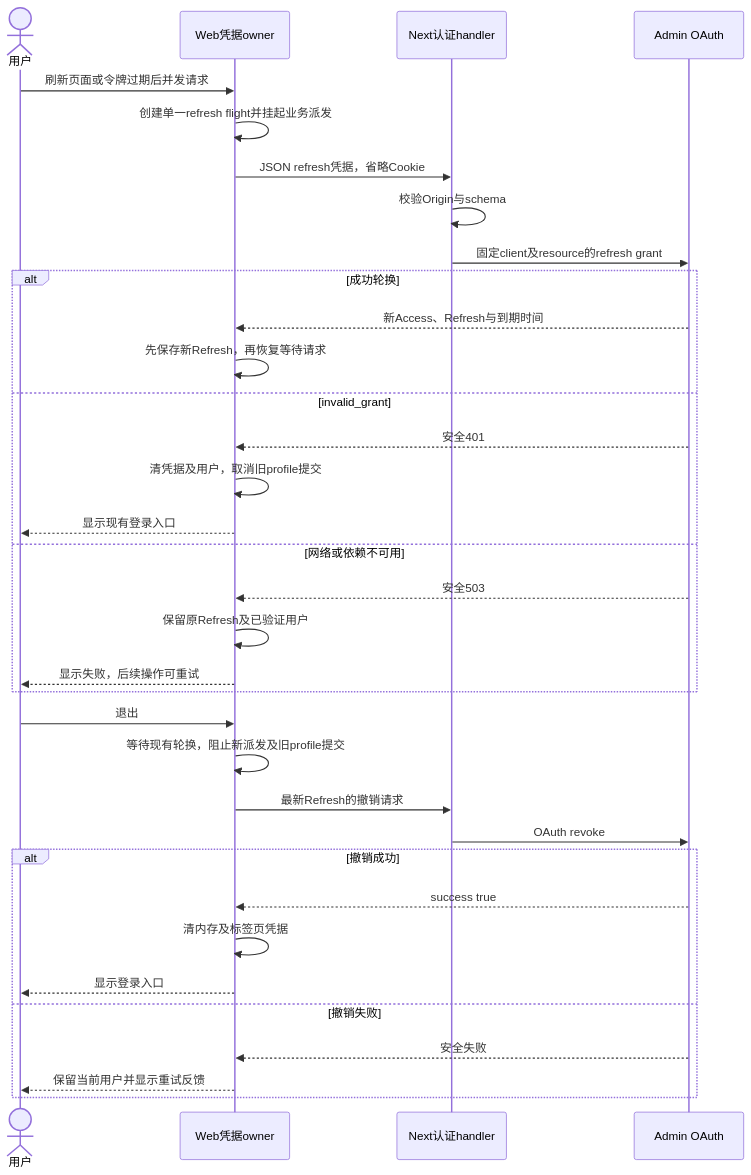
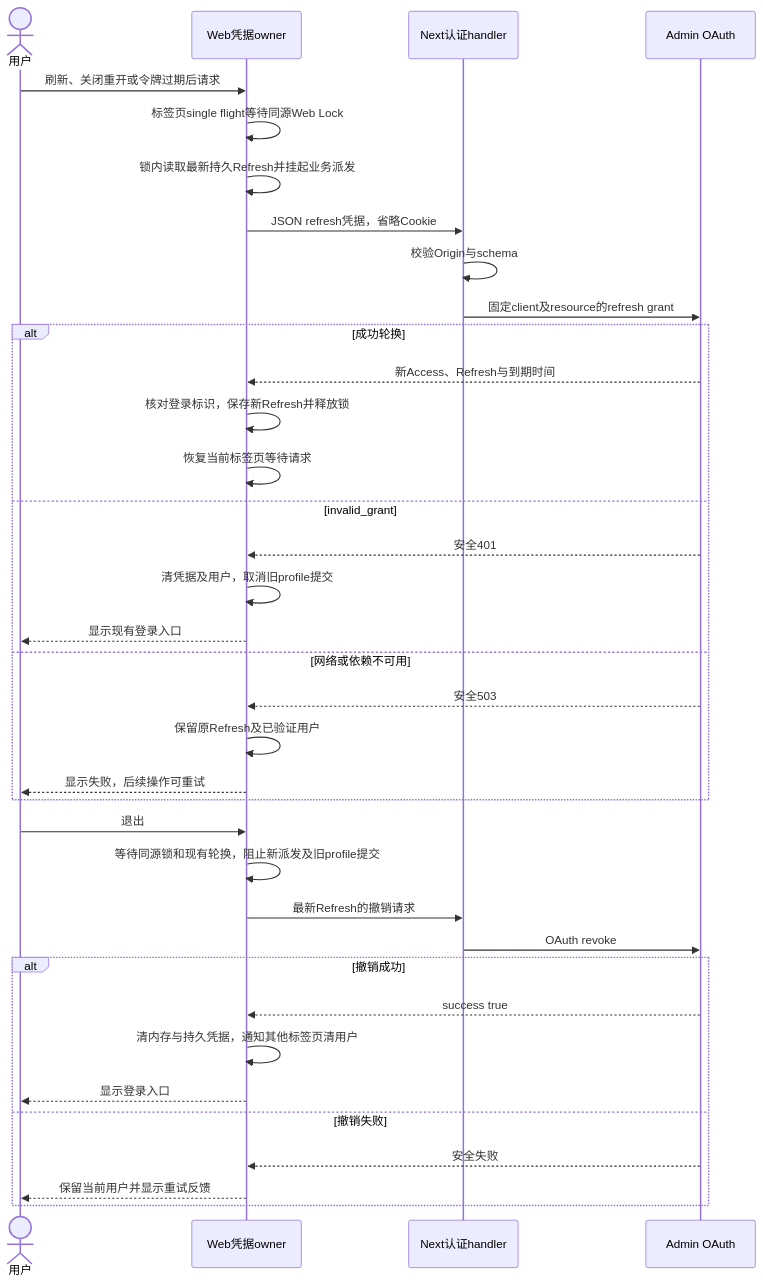
One commit to glide-the/im-dream changed the second of 3 diagrams in docs/design/web-bearer-auth.md. Above: the diagram before and after it, drawn with Mermaid. The commit also changed other lines of this file and 28 other files, not shown here.

````diff
--- a/docs/design/web-bearer-auth.md
+++ b/docs/design/web-bearer-auth.md
@@ -80,36 +86,38 @@
 ```mermaid
 sequenceDiagram
     actor User as 用户
     participant Web as Web凭据owner
     participant BFF as Next认证handler
     participant Admin as Admin OAuth
-    User->>Web: 刷新页面或令牌过期后并发请求
-    Web->>Web: 创建单一refresh flight并挂起业务派发
+    User->>Web: 刷新、关闭重开或令牌过期后请求
+    Web->>Web: 标签页single flight等待同源Web Lock
+    Web->>Web: 锁内读取最新持久Refresh并挂起业务派发
     Web->>BFF: JSON refresh凭据，省略Cookie
     BFF->>BFF: 校验Origin与schema
     BFF->>Admin: 固定client及resource的refresh grant
     alt 成功轮换
         Admin-->>Web: 新Access、Refresh与到期时间
-        Web->>Web: 先保存新Refresh，再恢复等待请求
+        Web->>Web: 核对登录标识，保存新Refresh并释放锁
+        Web->>Web: 恢复当前标签页等待请求
     else invalid_grant
         Admin-->>Web: 安全401
         Web->>Web: 清凭据及用户，取消旧profile提交
         Web-->>User: 显示现有登录入口
     else 网络或依赖不可用
         Admin-->>Web: 安全503
         Web->>Web: 保留原Refresh及已验证用户
         Web-->>User: 显示失败，后续操作可重试
     end
     User->>Web: 退出
-    Web->>Web: 等待现有轮换，阻止新派发及旧profile提交
+    Web->>Web: 等待同源锁和现有轮换，阻止新派发及旧profile提交
     Web->>BFF: 最新Refresh的撤销请求
     BFF->>Admin: OAuth revoke
     alt 撤销成功
         Admin-->>Web: success true
-        Web->>Web: 清内存及标签页凭据
+        Web->>Web: 清内存与持久凭据，通知其他标签页清用户
         Web-->>User: 显示登录入口
     else 撤销失败
         Admin-->>Web: 安全失败
         Web-->>User: 保留当前用户并显示重试反馈
     end
 ```
````
